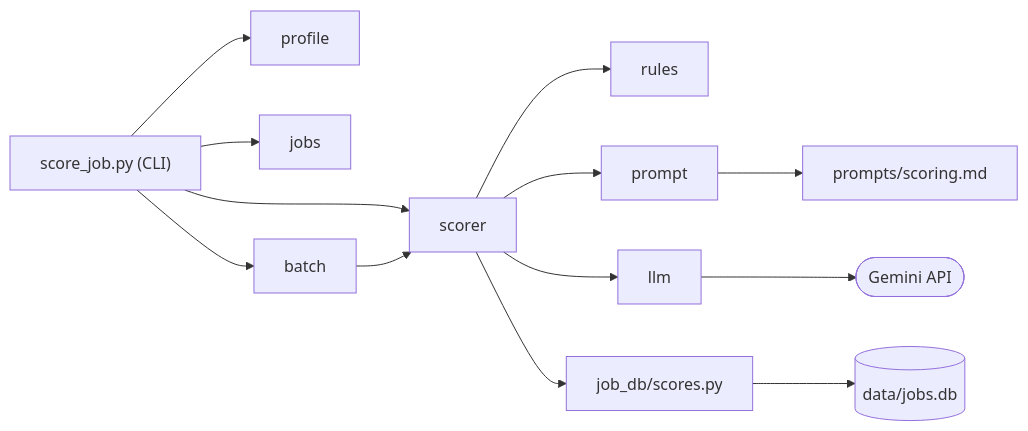
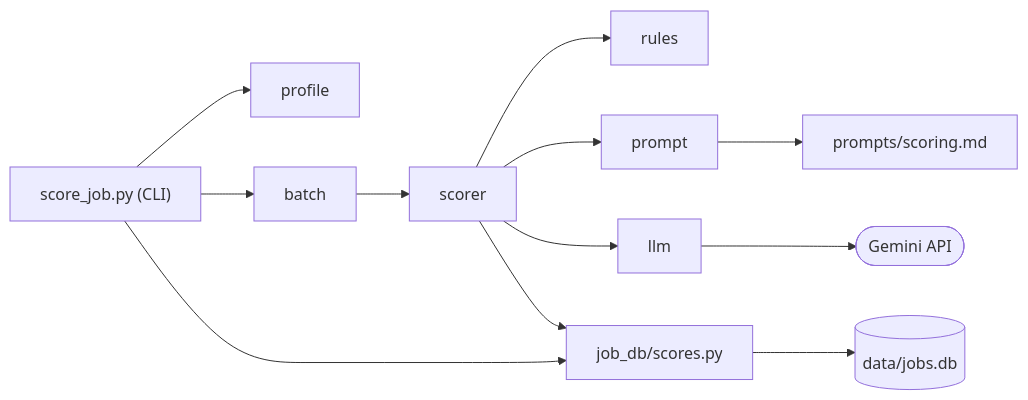
One commit to dlhdb/job-matching changed the diagram in docs/tech/tech-design/job-auto-scoring.md. Above: the diagram before and after it, drawn with Mermaid. The commit also changed other lines of this file and 22 other files, not shown here.

````diff
--- a/docs/tech/tech-design/job-auto-scoring.md
+++ b/docs/tech/tech-design/job-auto-scoring.md
@@ -8,15 +8,14 @@
 ```mermaid
 flowchart LR
     cli["score_job.py (CLI)"] --> profile
-    cli --> jobs
     cli --> batch
-    cli --> scorer
+    cli --> scores
     batch --> scorer
     scorer --> rules
     scorer --> prompt
     scorer --> llm
     scorer --> scores["job_db/scores.py"]
     prompt --> tpl["prompts/scoring.md"]
     llm --> gemini(["Gemini API"])
     scores --> db[("data/jobs.db")]
 ```
````
